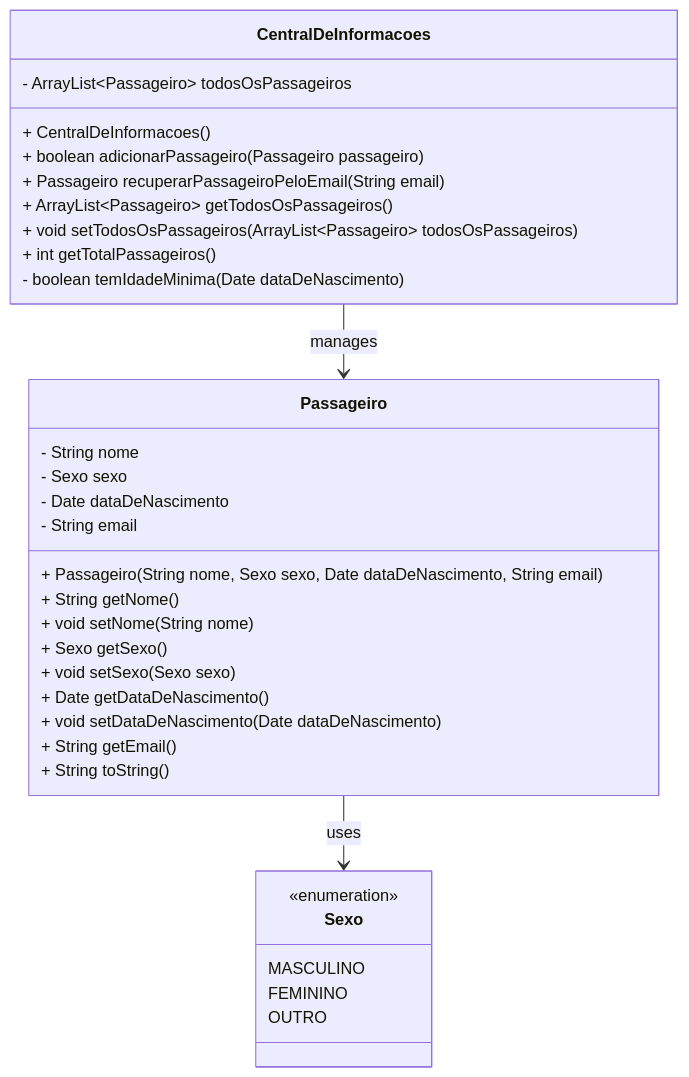
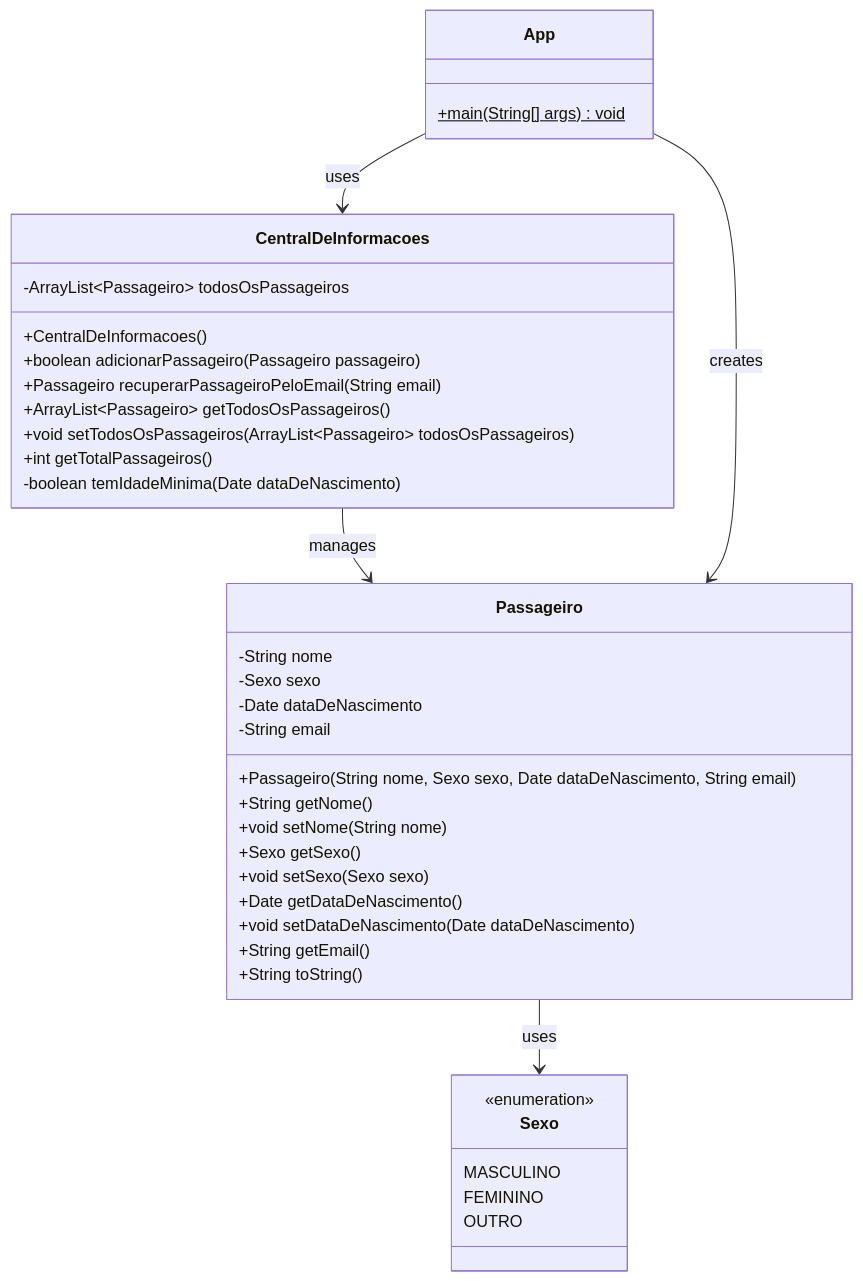
The diagram in lista2/src/main/java/br/com/pucgo/exercicio2/diagrama-uml.mmd (DEVigodE/ADS1232), drawn with Mermaid before and after one commit. The commit also changed 4 other files, not shown here.

Commit message:
Refactor UML diagrams to include App class and update relationships across exercises

```diff
--- a/lista2/src/main/java/br/com/pucgo/exercicio2/diagrama-uml.mmd
+++ b/lista2/src/main/java/br/com/pucgo/exercicio2/diagrama-uml.mmd
@@ -1,39 +1,45 @@
 classDiagram
-class Sexo {
-<<enumeration>>
-MASCULINO
-FEMININO
-OUTRO
- }
+    class Sexo {
+        <<enumeration>>
+        MASCULINO
+        FEMININO
+        OUTRO
+    }
 
-class Passageiro {
-- String nome
-- Sexo sexo
-- Date dataDeNascimento
-- String email
+    class Passageiro {
+        -String nome
+        -Sexo sexo
+        -Date dataDeNascimento
+        -String email
 
-+ Passageiro(String nome, Sexo sexo, Date dataDeNascimento, String email)
-+ String getNome()
-+ void setNome(String nome)
-+ Sexo getSexo()
-+ void setSexo(Sexo sexo)
-+ Date getDataDeNascimento()
-+ void setDataDeNascimento(Date dataDeNascimento)
-+ String getEmail()
-+ String toString()
-}
+        +Passageiro(String nome, Sexo sexo, Date dataDeNascimento, String email)
+        +String getNome()
+        +void setNome(String nome)
+        +Sexo getSexo()
+        +void setSexo(Sexo sexo)
+        +Date getDataDeNascimento()
+        +void setDataDeNascimento(Date dataDeNascimento)
+        +String getEmail()
+        +String toString()
+    }
 
-class CentralDeInformacoes {
-- ArrayList~Passageiro~ todosOsPassageiros
+    class CentralDeInformacoes {
+        -ArrayList~Passageiro~ todosOsPassageiros
 
-+ CentralDeInformacoes()
-+ boolean adicionarPassageiro(Passageiro passageiro)
-+ Passageiro recuperarPassageiroPeloEmail(String email)
-+ ArrayList~Passageiro~ getTodosOsPassageiros()
-+ void setTodosOsPassageiros(ArrayList~Passageiro~ todosOsPassageiros)
-+ int getTotalPassageiros()
-- boolean temIdadeMinima(Date dataDeNascimento)
-}
+        +CentralDeInformacoes()
+        +boolean adicionarPassageiro(Passageiro passageiro)
+        +Passageiro recuperarPassageiroPeloEmail(String email)
+        +ArrayList~Passageiro~ getTodosOsPassageiros()
+        +void setTodosOsPassageiros(ArrayList~Passageiro~ todosOsPassageiros)
+        +int getTotalPassageiros()
+        -boolean temIdadeMinima(Date dataDeNascimento)
+    }
 
-Passageiro --> Sexo: uses
-CentralDeInformacoes --> Passageiro: manages
+    class App {
+        +main(String[] args)$ void
+    }
+
+    Passageiro --> Sexo : uses
+    CentralDeInformacoes --> Passageiro : manages
+    App --> CentralDeInformacoes : uses
+    App --> Passageiro : creates
```
